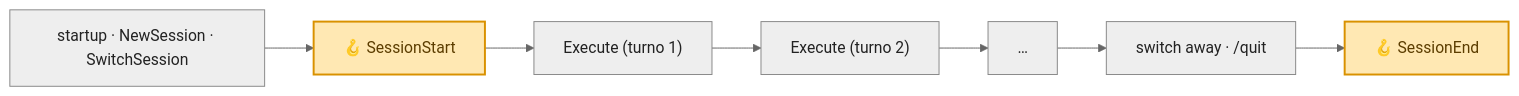
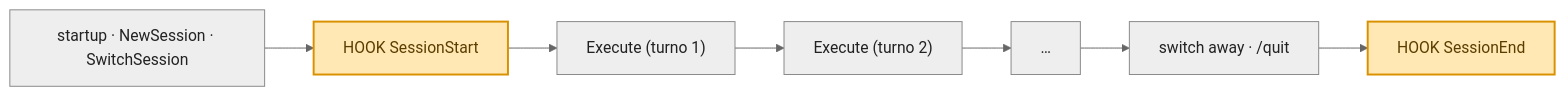
The first of 2 diagrams in docs/agentic-loop.md (Federicoand98/mani), drawn with Mermaid (neutral theme) before and after one commit. The commit also changed other lines of this file, not shown here.

Commit message:
docs: fix mermaid diagram agentic loop

````diff
--- a/docs/agentic-loop.md
+++ b/docs/agentic-loop.md
@@ -23,15 +23,15 @@
 ```mermaid
 flowchart LR
     classDef hook fill:#ffe8b3,stroke:#d99100,color:#5c3d00,stroke-width:2px;
     classDef step fill:#eeeeee,stroke:#888888,color:#222222;
 
     A["startup · NewSession · SwitchSession"]:::step
-    SS["🪝 SessionStart"]:::hook
+    SS["HOOK SessionStart"]:::hook
     T1["Execute (turno 1)"]:::step
     T2["Execute (turno 2)"]:::step
     DOTS["…"]:::step
     Q["switch away · /quit"]:::step
-    SE["🪝 SessionEnd"]:::hook
+    SE["HOOK SessionEnd"]:::hook
 
     A --> SS --> T1 --> T2 --> DOTS --> Q --> SE
 ```
````
